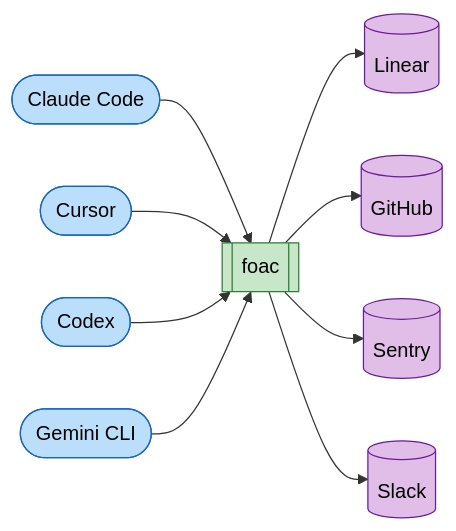
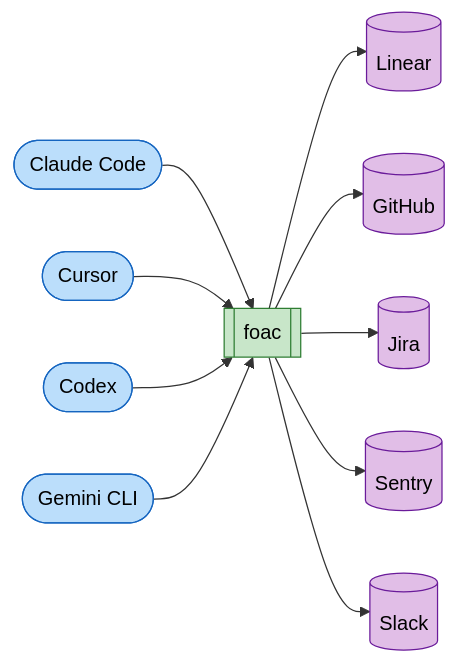
Before and after one commit to alephic-ai/foac: the second of 2 diagrams in README.md, drawn with Mermaid. The commit also changed other lines of this file and 17 other files, not shown here.

First line of the commit message:
feat: add a Jira provider (#75)

````diff
--- a/README.md
+++ b/README.md
@@ -44,14 +45,14 @@
 ```mermaid
 graph LR
     CC([Claude Code]) --> F
     CU([Cursor]) --> F
     CX([Codex]) --> F
     GEM([Gemini CLI]) --> F[[foac]]
-    F --> Linear[(Linear)] & GitHub[(GitHub)] & Sentry[(Sentry)] & Slack[(Slack)]
+    F --> Linear[(Linear)] & GitHub[(GitHub)] & Jira[(Jira)] & Sentry[(Sentry)] & Slack[(Slack)]
     classDef harness fill:#bbdefb,stroke:#1565c0,color:#000
     classDef cli fill:#c8e6c9,stroke:#2e7d32,color:#000
     classDef provider fill:#e1bee7,stroke:#6a1b9a,color:#000
     class CC,CU,CX,GEM harness
     class F cli
-    class Linear,GitHub,Sentry,Slack provider
+    class Linear,GitHub,Jira,Sentry,Slack provider
 ```
````
